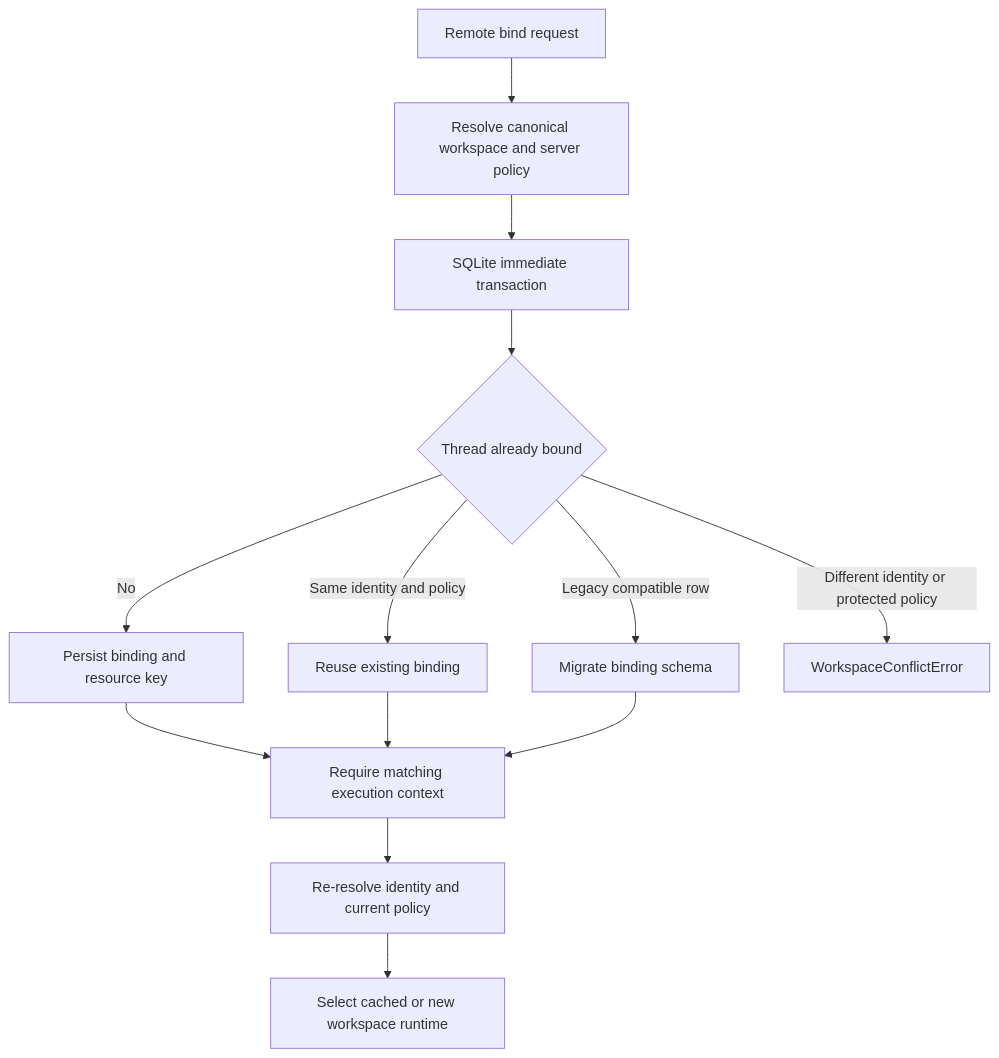
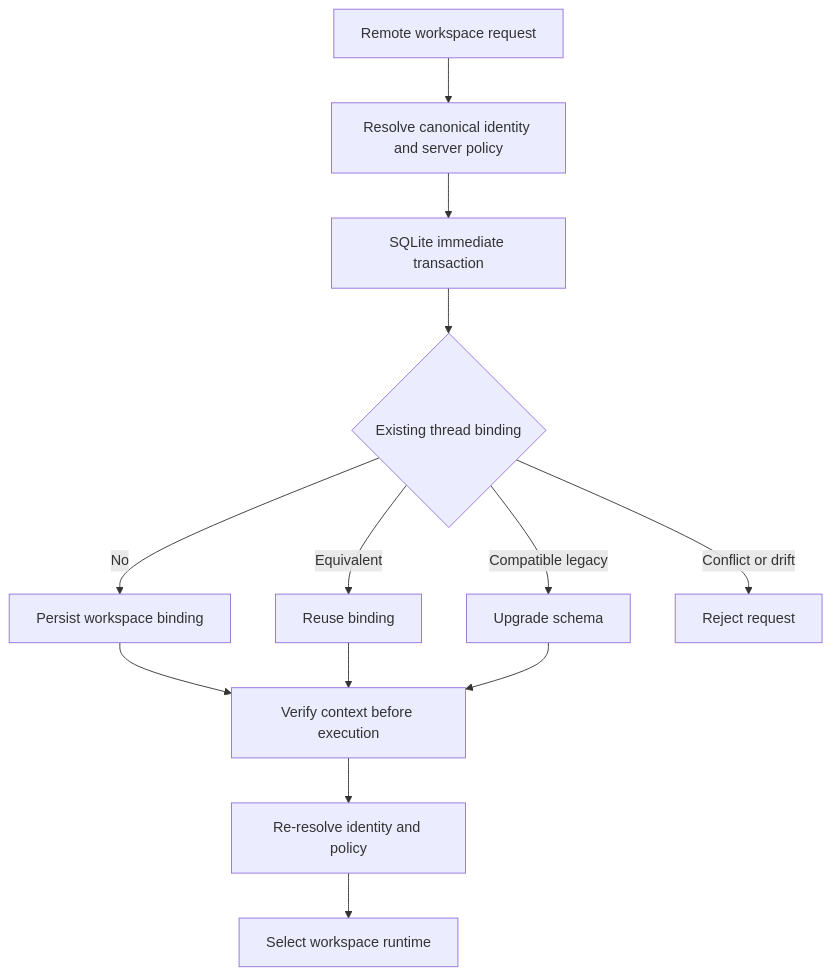
Before and after one commit to langchain-ai/deepagents: the diagram in openwiki/concepts/state-persistence.md, drawn with Mermaid. The commit also changed other lines of this file and 62 other files, not shown here.

````diff
--- a/openwiki/concepts/state-persistence.md
+++ b/openwiki/concepts/state-persistence.md
@@ -86,15 +90,15 @@
 ```mermaid
 flowchart TD
-    Request["Remote bind request"] --> Resolve["Resolve canonical workspace and server policy"]
+    Request["Remote workspace request"] --> Resolve["Resolve canonical identity and server policy"]
     Resolve --> Bind["SQLite immediate transaction"]
-    Bind --> Existing{"Thread already bound"}
-    Existing -->|"No"| Persist["Persist binding and resource key"]
-    Existing -->|"Same identity and policy"| Reuse["Reuse existing binding"]
-    Existing -->|"Legacy compatible row"| Upgrade["Migrate binding schema"]
-    Existing -->|"Different identity or protected policy"| Reject["WorkspaceConflictError"]
-    Persist --> Execute["Require matching execution context"]
-    Reuse --> Execute
-    Upgrade --> Execute
-    Execute --> ReResolve["Re-resolve identity and current policy"]
-    ReResolve --> Runtime["Select cached or new workspace runtime"]
+    Bind --> Existing{"Existing thread binding"}
+    Existing -->|"No"| Persist["Persist workspace binding"]
+    Existing -->|"Equivalent"| Reuse["Reuse binding"]
+    Existing -->|"Compatible legacy"| Upgrade["Upgrade schema"]
+    Existing -->|"Conflict or drift"| Reject["Reject request"]
+    Persist --> Verify["Verify context before execution"]
+    Reuse --> Verify
+    Upgrade --> Verify
+    Verify --> Current["Re-resolve identity and policy"]
+    Current --> Runtime["Select workspace runtime"]
 ```
````
